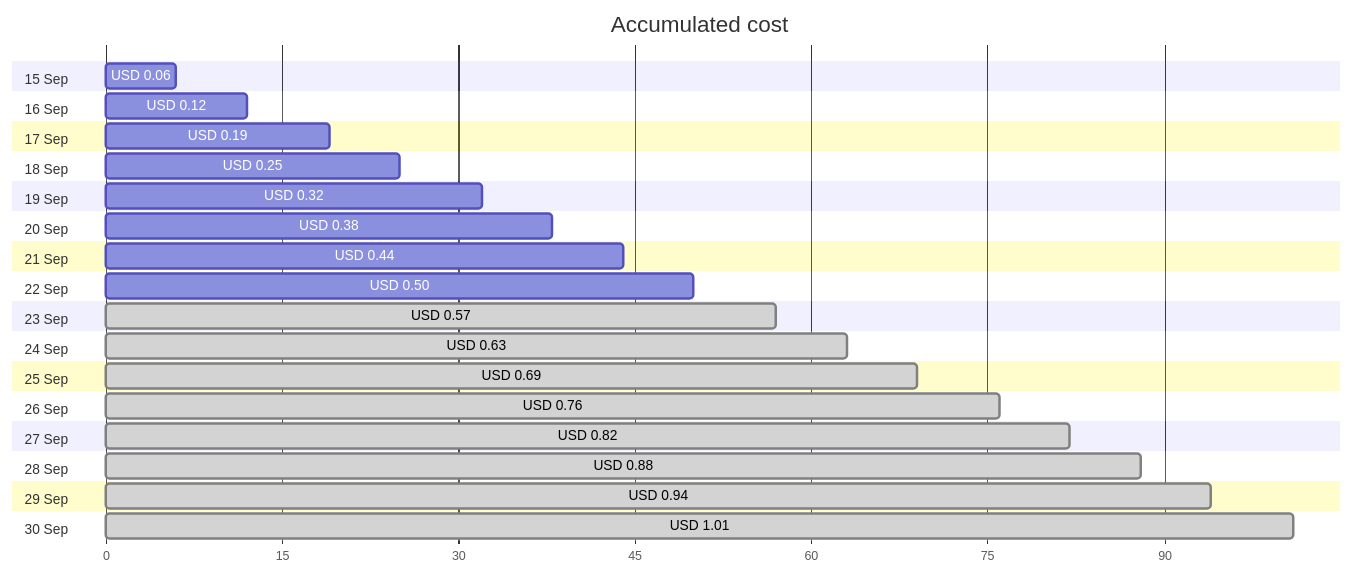
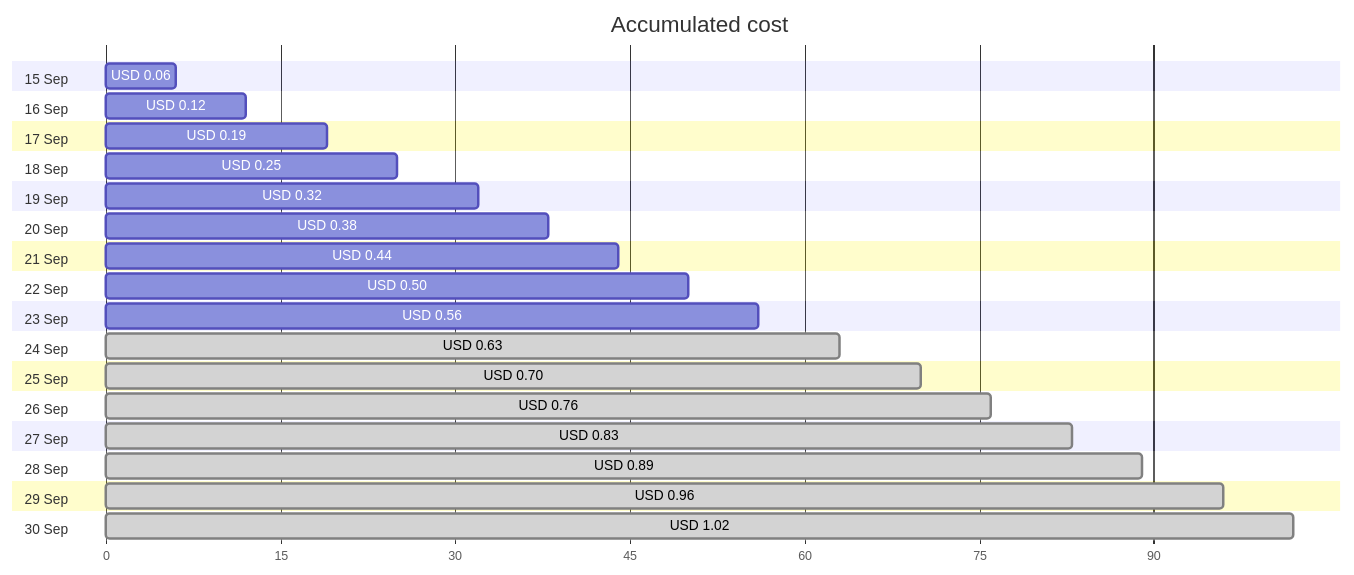
The first of 4 diagrams in cost-reports/personal-network/vpn-server_OsDisk.md (jpfulton/azure-personal-reports), drawn with Mermaid before and after one commit. The commit also changed other lines of this file and 9 other files, not shown here.

````diff
--- a/cost-reports/personal-network/vpn-server_OsDisk.md
+++ b/cost-reports/personal-network/vpn-server_OsDisk.md
@@ -20,38 +20,38 @@
 ```mermaid
 gantt
    title Accumulated cost
    dateFormat  X
    axisFormat %s
    section 15 Sep
    USD 0.06 :0, 6
    section 16 Sep
    USD 0.12 :0, 12
    section 17 Sep
    USD 0.19 :0, 19
    section 18 Sep
    USD 0.25 :0, 25
    section 19 Sep
    USD 0.32 :0, 32
    section 20 Sep
    USD 0.38 :0, 38
    section 21 Sep
    USD 0.44 :0, 44
    section 22 Sep
    USD 0.50 :0, 50
    section 23 Sep
-   USD 0.57 : done, 0, 57
+   USD 0.56 :0, 56
    section 24 Sep
    USD 0.63 : done, 0, 63
    section 25 Sep
-   USD 0.69 : done, 0, 69
+   USD 0.70 : done, 0, 70
    section 26 Sep
    USD 0.76 : done, 0, 76
    section 27 Sep
-   USD 0.82 : done, 0, 82
+   USD 0.83 : done, 0, 83
    section 28 Sep
-   USD 0.88 : done, 0, 88
+   USD 0.89 : done, 0, 89
    section 29 Sep
-   USD 0.94 : done, 0, 94
+   USD 0.96 : done, 0, 96
    section 30 Sep
-   USD 1.01 : done, 0, 101
+   USD 1.02 : done, 0, 102
 ```
````
